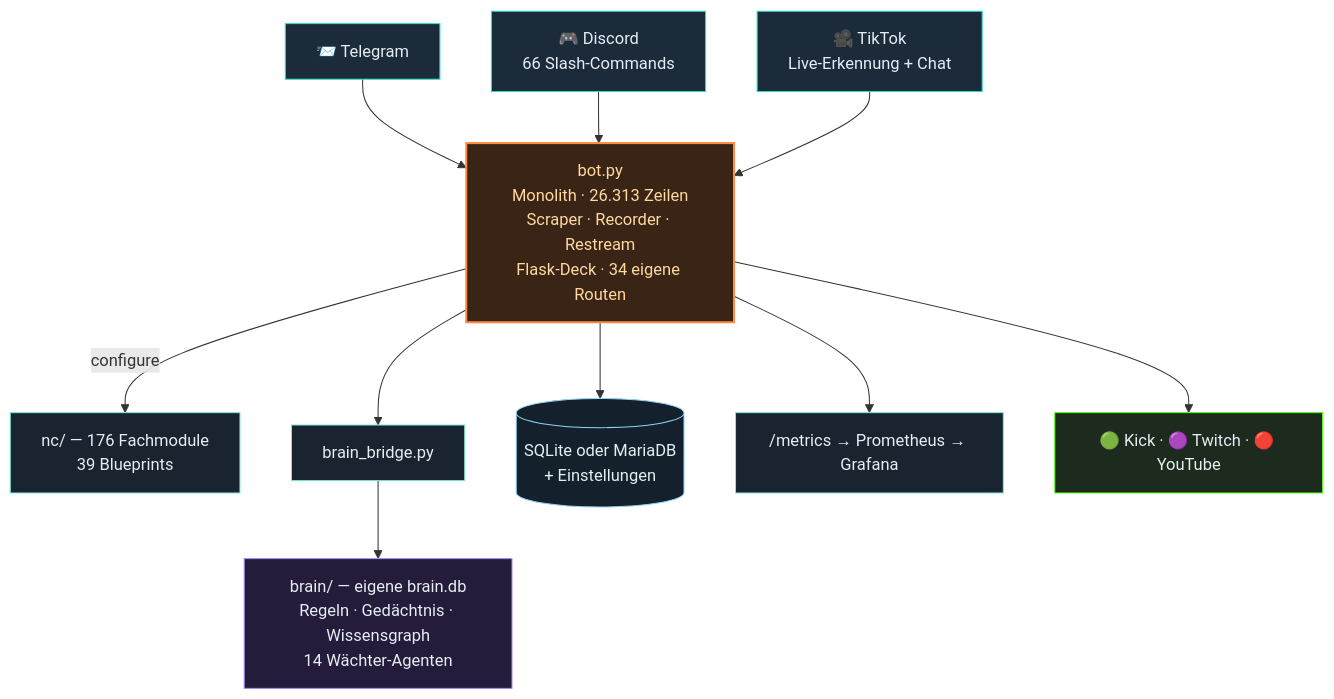
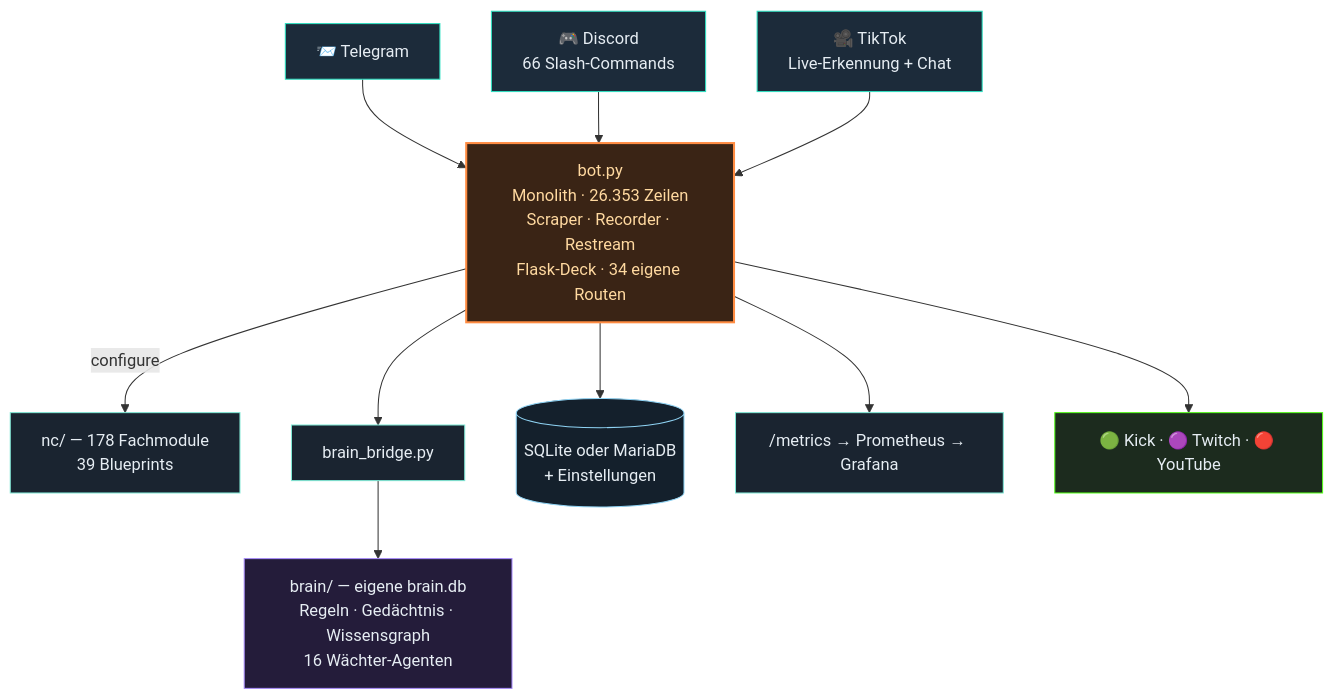
One commit to itsamemedev/Telegram-Stream-Info-Bot changed the second of 3 diagrams in README.md. Above: the diagram before and after it, drawn with Mermaid. The commit also changed other lines of this file and 32 other files, not shown here.

````diff
--- a/README.md
+++ b/README.md
@@ -118,19 +118,19 @@
 ```mermaid
 flowchart TB
     TG["📨 Telegram"]:::ein --> BOT
     DC["🎮 Discord<br/>66 Slash-Commands"]:::ein --> BOT
     TT["🎥 TikTok<br/>Live-Erkennung + Chat"]:::ein --> BOT
-    BOT["bot.py<br/>Monolith · 26.313 Zeilen<br/>Scraper · Recorder · Restream<br/>Flask-Deck · 34 eigene Routen"]:::core
-    BOT -->|configure| NC["nc/ — 176 Fachmodule<br/>39 Blueprints"]:::lib
+    BOT["bot.py<br/>Monolith · 26.353 Zeilen<br/>Scraper · Recorder · Restream<br/>Flask-Deck · 34 eigene Routen"]:::core
+    BOT -->|configure| NC["nc/ — 178 Fachmodule<br/>39 Blueprints"]:::lib
     BOT --> BR["brain_bridge.py"]:::lib
-    BR --> BRAIN["brain/ — eigene brain.db<br/>Regeln · Gedächtnis · Wissensgraph<br/>14 Wächter-Agenten"]:::brain
+    BR --> BRAIN["brain/ — eigene brain.db<br/>Regeln · Gedächtnis · Wissensgraph<br/>16 Wächter-Agenten"]:::brain
     BOT --> DB[("SQLite oder MariaDB<br/>+ Einstellungen")]:::db
     BOT --> PROM["/metrics → Prometheus → Grafana"]:::lib
     BOT --> OUT["🟢 Kick · 🟣 Twitch · 🔴 YouTube"]:::out
     classDef ein fill:#1c2b3a,stroke:#2de1c2,color:#e6edf3
     classDef core fill:#3a2415,stroke:#ff8c42,stroke-width:2px,color:#ffd9a0
     classDef lib fill:#1a2430,stroke:#7fe7d4,color:#e6edf3
     classDef brain fill:#241c3a,stroke:#a78bfa,color:#e6edf3
     classDef db fill:#14202c,stroke:#8fd3f4,color:#e6edf3
     classDef out fill:#1c2b1e,stroke:#53fc18,color:#e6edf3
 ```
````
